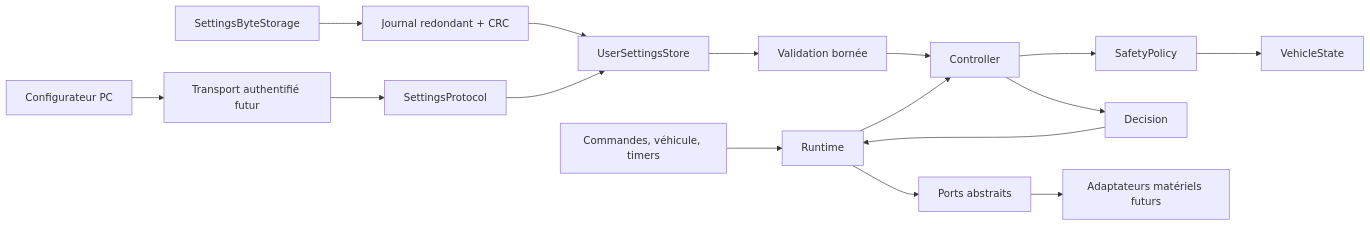
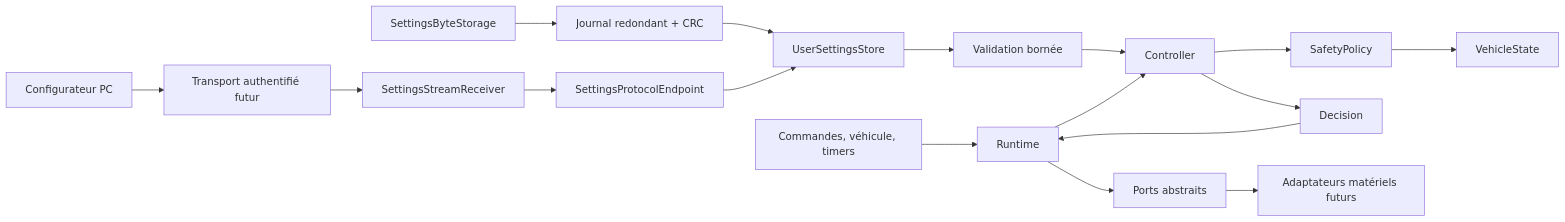
The first of 3 diagrams in docs/architecture.md (Synaro/BMW-E9x-Remote-Control), drawn with Mermaid before and after one commit. The commit also changed other lines of this file and 15 other files, not shown here.

Commit message:
Add bounded settings stream endpoint

````diff
--- a/docs/architecture.md
+++ b/docs/architecture.md
@@ -14,18 +14,19 @@
 ```mermaid
 flowchart LR
     Sources["Commandes, véhicule, timers"] --> Runtime["Runtime"]
     Bytes["SettingsByteStorage"] --> Journal["Journal redondant + CRC"]
     Journal --> Settings["UserSettingsStore"]
     Configurator["Configurateur PC"] --> Transport["Transport authentifié futur"]
-    Transport --> Protocol["SettingsProtocol"]
+    Transport --> Stream["SettingsStreamReceiver"]
+    Stream --> Protocol["SettingsProtocolEndpoint"]
     Protocol --> Settings
     Settings --> Validation["Validation bornée"]
     Validation --> Controller
     Runtime --> Controller["Controller"]
     Controller --> Policy["SafetyPolicy"]
     Policy --> Model["VehicleState"]
     Controller --> Decision["Decision"]
     Decision --> Runtime
     Runtime --> Ports["Ports abstraits"]
     Ports --> Adapters["Adaptateurs matériels futurs"]
 ```
````
